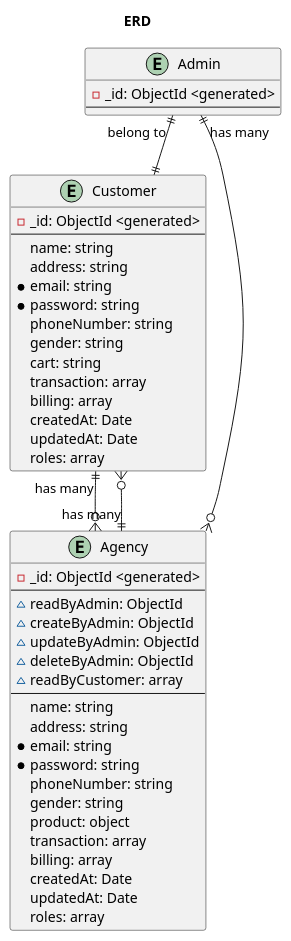
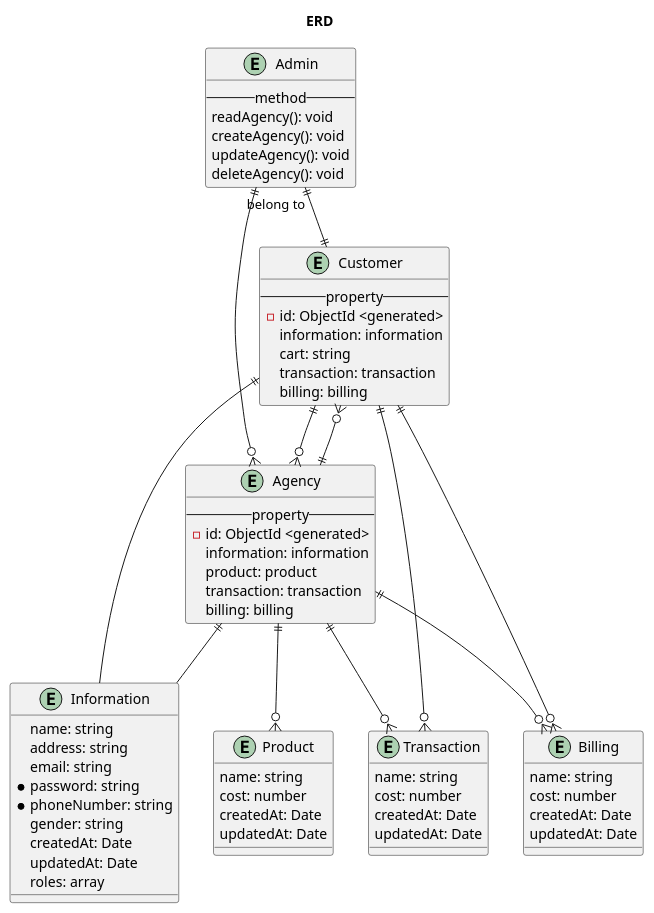
One commit to taint3110/SET2021_BackendTest changed the diagram in Study/backend/docs/enityRelationship/ERD.puml. Above: the diagram before and after it, drawn with PlantUML. The commit also changed 14 other files, not shown here.

Commit message:
BET-02 | improve UML, sequence diagrams for apis

```diff
--- a/Study/backend/docs/enityRelationship/ERD.puml
+++ b/Study/backend/docs/enityRelationship/ERD.puml
@@ -1,57 +1,79 @@
 @startuml Application use cases diagram
 skinparam actorStyle awesome
 title ERD
 
 
 entity Customer{
-    -_id: ObjectId <generated>
-    --
+    --property--
+    -id: ObjectId <generated>
+    information: information
+    cart: string
+    transaction: transaction
+    billing: billing
+}
+
+entity Agency{
+    --property--
+    -id: ObjectId <generated>
+    information: information
+    product: product
+    transaction: transaction
+    billing: billing
+}
+
+entity Information {
     name: string 
     address: string 
-    *email: string 
+    email: string 
     *password: string
-    phoneNumber: string 
+    *phoneNumber: string 
     gender: string 
-    cart: string
-    transaction: array
-    billing: array
     createdAt: Date
     updatedAt: Date
     roles: array
 }
 
-entity Agency{
-    -_id: ObjectId <generated>
-    --
-    ~readByAdmin: ObjectId
-    ~createByAdmin: ObjectId
-    ~updateByAdmin: ObjectId
-    ~deleteByAdmin: ObjectId
-    ~readByCustomer: array
-    --
+entity Product{
     name: string
-    address: string 
-    *email: string 
-    *password: string
-    phoneNumber: string 
-    gender: string 
-    product: object
-    transaction: array
-    billing: array
+    cost: number
     createdAt: Date
     updatedAt: Date
-    roles: array
 }
 
+entity Transaction{
+    name: string
+    cost: number
+    createdAt: Date
+    updatedAt: Date
+}
+
+entity Billing{
+    name: string
+    cost: number
+    createdAt: Date
+    updatedAt: Date
+}
 
 entity Admin{
-    -_id: ObjectId <generated>
-    --
+    --method--
+    readAgency(): void 
+    createAgency(): void 
+    updateAgency(): void
+    deleteAgency(): void
 }
 
+Customer ||--o{ Transaction
+Customer ||--o{ Billing
+Customer ||-- Information
+Agency ||--o{ Transaction
+Agency ||--o{ Billing
+Agency ||--o{ Product
+Agency ||-- Information
+
 Admin "belong to" ||--|| Customer
-Customer "has many" ||--o{  Agency
-Agency "has many" ||--o{  Customer
-Admin "has many" ||--o{  Agency
+
+Customer  ||--o{  Agency
+Agency  ||--o{  Customer
+Admin  ||--o{  Agency
 
 @enduml
```
